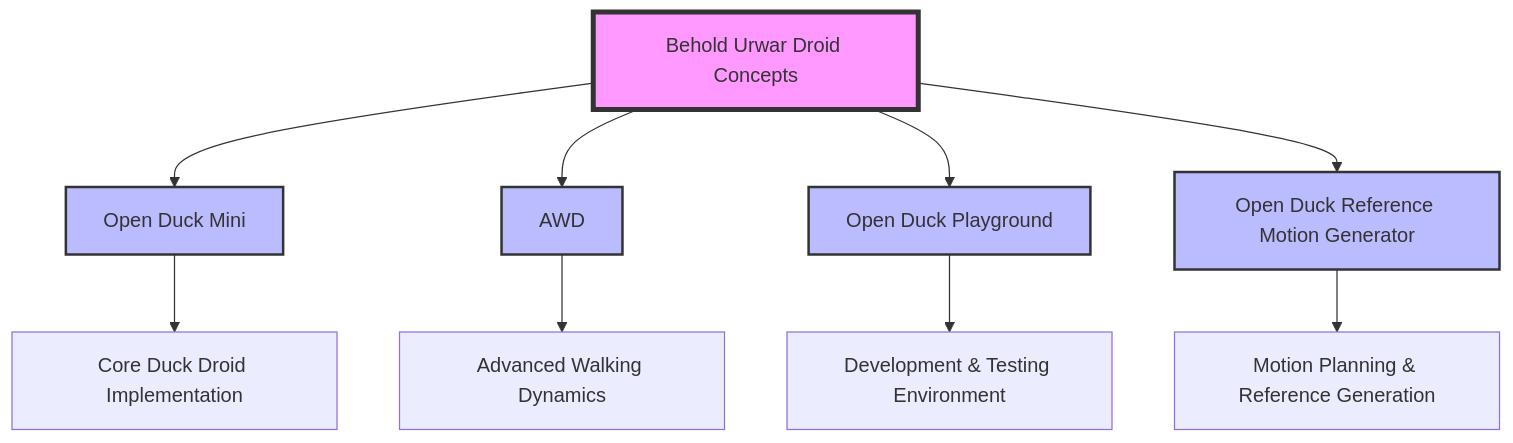
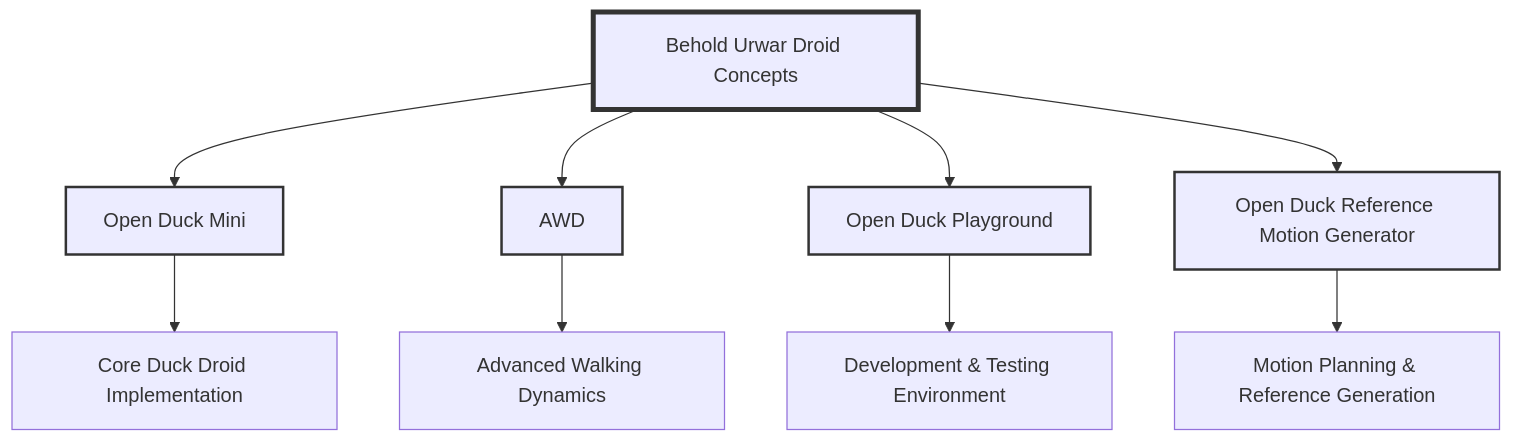
One commit to Aronnaxx/Behold-Urwar-Droid-Concepts changed the diagram in README.md. Above: the diagram before and after it, drawn with Mermaid. The commit also changed other lines of this file and 2 other files, not shown here.

````diff
--- a/README.md
+++ b/README.md
@@ -7,18 +7,18 @@
 ```mermaid
 graph TD
     A[Behold Urwar Droid Concepts] --> B[Open Duck Mini]
     A --> C[AWD]
     A --> D[Open Duck Playground]
     A --> E[Open Duck Reference Motion Generator]
     
     B --> F[Core Duck Droid Implementation]
     C --> G[Advanced Walking Dynamics]
     D --> H[Development & Testing Environment]
     E --> I[Motion Planning & Reference Generation]
     
-    style A fill:#f9f,stroke:#333,stroke-width:4px
-    style B fill:#bbf,stroke:#333,stroke-width:2px
-    style C fill:#bbf,stroke:#333,stroke-width:2px
-    style D fill:#bbf,stroke:#333,stroke-width:2px
-    style E fill:#bbf,stroke:#333,stroke-width:2px
+    style A stroke:#333,stroke-width:4px
+    style B stroke:#333,stroke-width:2px
+    style C stroke:#333,stroke-width:2px
+    style D stroke:#333,stroke-width:2px
+    style E stroke:#333,stroke-width:2px
 ```
````
